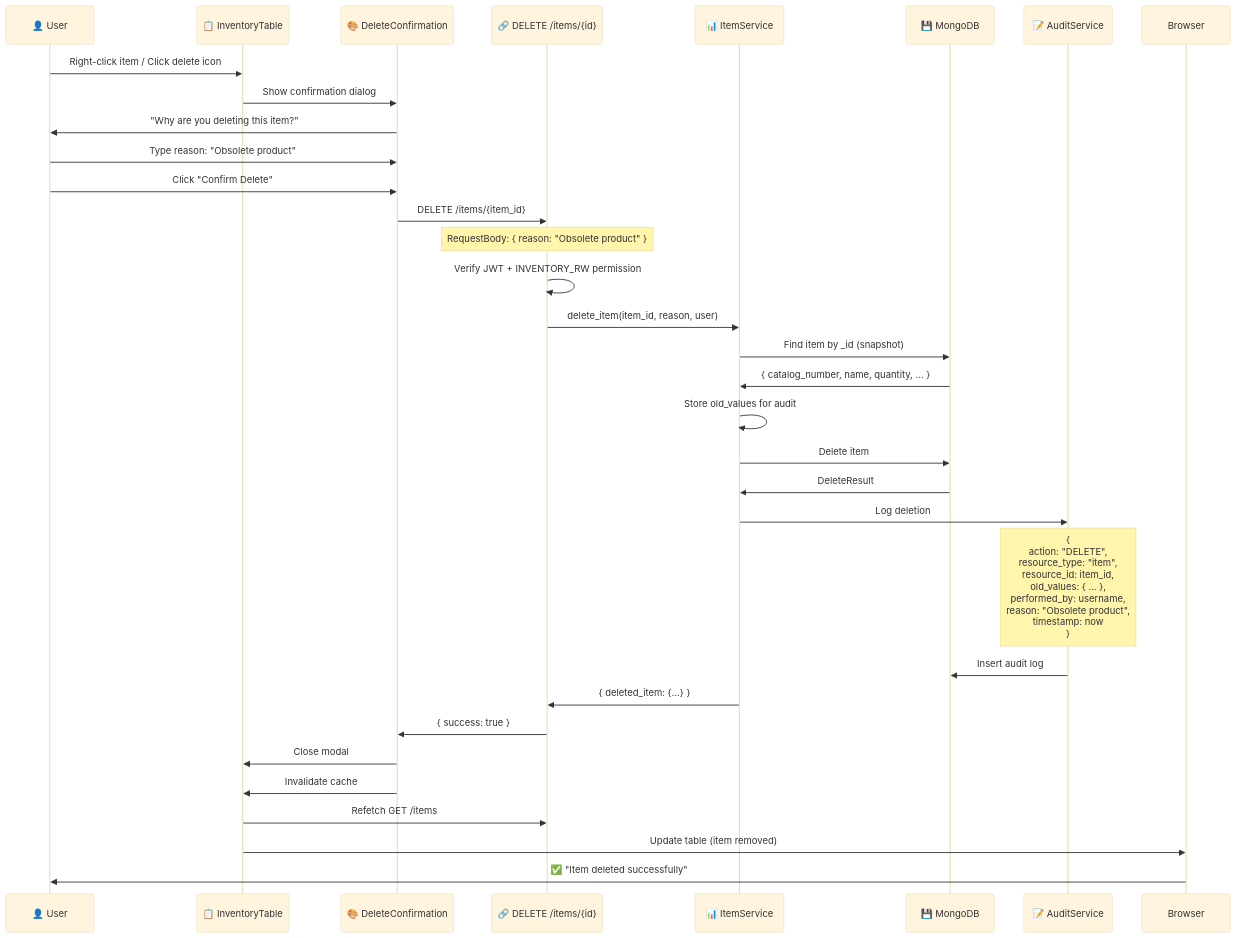
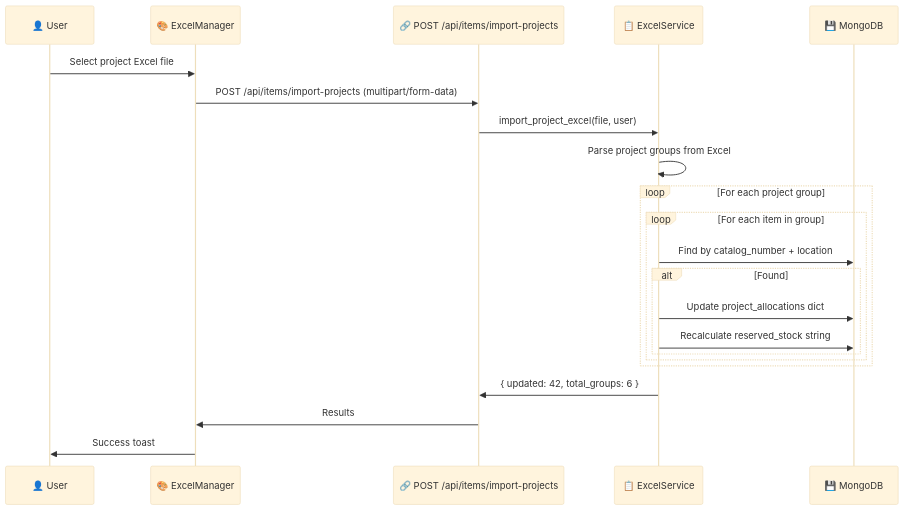
Before and after one commit to Rafmoshe2500/warehouse: the ninth of 22 diagrams in DATA_FLOW_DIAGRAMS.md, drawn with Mermaid (base theme). The commit also changed other lines of this file and 66 other files, not shown here.

````diff
--- a/DATA_FLOW_DIAGRAMS.md
+++ b/DATA_FLOW_DIAGRAMS.md
@@ -229,41 +320,27 @@
 ```mermaid
 sequenceDiagram
     participant User as 👤 User
-    participant Table as 📋 InventoryTable
-    participant Modal as 🎨 DeleteConfirmation
-    participant API as 🔗 DELETE /items/{id}
-    participant Service as 📊 ItemService
+    participant UI as 🎨 ExcelManager
+    participant API as 🔗 POST /api/items/import-projects
+    participant Service as 📋 ExcelService
     participant DB as 💾 MongoDB
-    participant Audit as 📝 AuditService
-    
-    User->>Table: Right-click item / Click delete icon
-    Table->>Modal: Show confirmation dialog
-    Modal->>User: "Why are you deleting this item?"
-    User->>Modal: Type reason: "Obsolete product"
-    User->>Modal: Click "Confirm Delete"
-    
-    Modal->>API: DELETE /items/{item_id}
-    Note over API: RequestBody: { reason: "Obsolete product" }
-    
-    API->>API: Verify JWT + INVENTORY_RW permission
-    
-    API->>Service: delete_item(item_id, reason, user)
-    Service->>DB: Find item by _id (snapshot)
-    DB->>Service: { catalog_number, name, quantity, ... }
-    Service->>Service: Store old_values for audit
-    
-    Service->>DB: Delete item
-    DB->>Service: DeleteResult
-    
-    Service->>Audit: Log deletion
-    Note over Audit: {<br/>action: "DELETE",<br/>resource_type: "item",<br/>resource_id: item_id,<br/>old_values: { ... },<br/>performed_by: username,<br/>reason: "Obsolete product",<br/>timestamp: now<br/>}
-    Audit->>DB: Insert audit log
-    
-    Service->>API: { deleted_item: {...} }
-    API->>Modal: { success: true }
-    Modal->>Table: Close modal
-    Modal->>Table: Invalidate cache
-    Table->>API: Refetch GET /items
-    Table->>Browser: Update table (item removed)
-    Browser->>User: ✅ "Item deleted successfully"
+
+    User->>UI: Select project Excel file
+    UI->>API: POST /api/items/import-projects (multipart/form-data)
+    API->>Service: import_project_excel(file, user)
+    Service->>Service: Parse project groups from Excel
+
+    loop For each project group
+        loop For each item in group
+            Service->>DB: Find by catalog_number + location
+            alt Found
+                Service->>DB: Update project_allocations dict
+                Service->>DB: Recalculate reserved_stock string
+            end
+        end
+    end
+
+    Service->>API: { updated: 42, total_groups: 6 }
+    API->>UI: Results
+    UI->>User: Success toast
 ```
````
